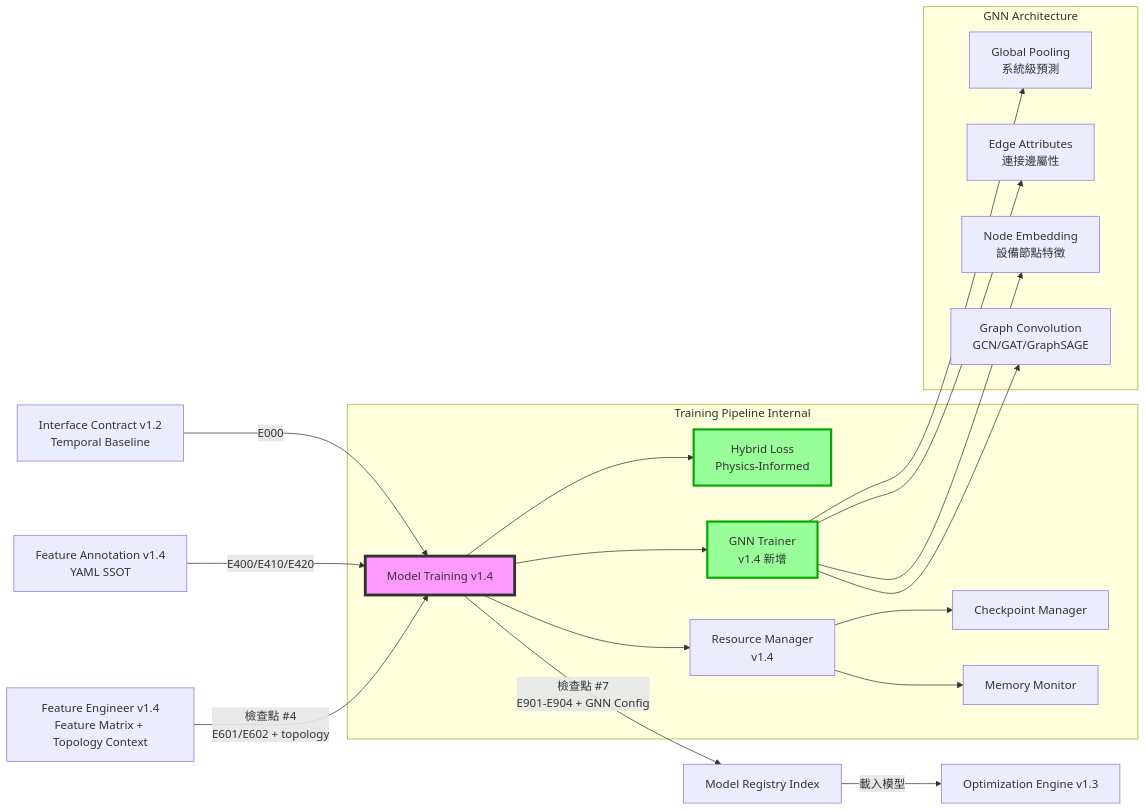
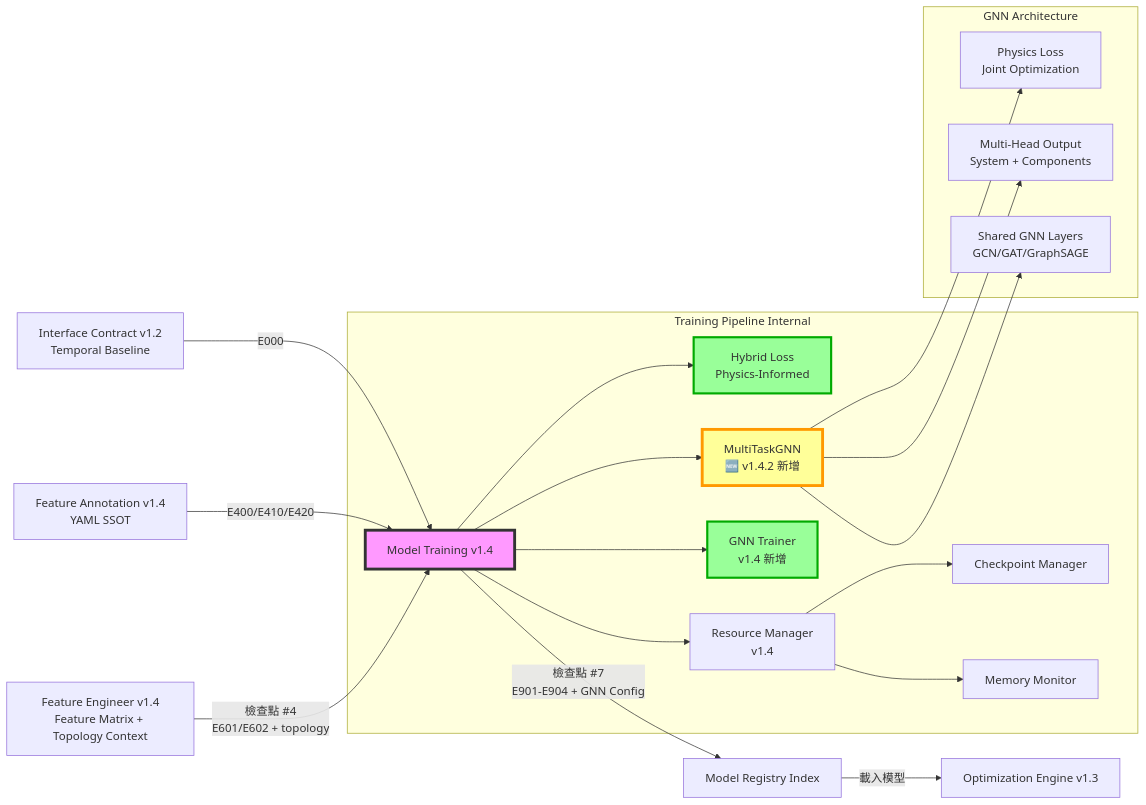
The diagram in docs/Model_Training/PRD_Model_Training_v1.4.md (oscar120601/HVAC_Analytics), drawn with Mermaid before and after one commit. The commit also changed other lines of this file and 10 other files, not shown here.

````diff
--- a/docs/Model_Training/PRD_Model_Training_v1.4.md
+++ b/docs/Model_Training/PRD_Model_Training_v1.4.md
@@ -44,28 +68,29 @@
 ```mermaid
 graph LR
     A[Feature Engineer v1.4<br/>Feature Matrix + Topology Context] -->|檢查點 #4<br/>E601/E602 + topology| B[Model Training v1.4]
     C[Feature Annotation v1.4<br/>YAML SSOT] -->|E400/E410/E420| B
     D[Interface Contract v1.2<br/>Temporal Baseline] -->|E000| B
     
     B -->|檢查點 #7<br/>E901-E904 + GNN Config| E[Model Registry Index]
     E -->|載入模型| F[Optimization Engine v1.3]
     
     subgraph "Training Pipeline Internal"
         B --> G[Resource Manager<br/>v1.4]
         B --> H[GNN Trainer<br/>v1.4 新增]
+        B --> H2[MultiTaskGNN<br/>🆕 v1.4.2 新增]
         B --> I[Hybrid Loss<br/>Physics-Informed]
         G --> J[Memory Monitor]
         G --> K[Checkpoint Manager]
     end
     
     subgraph "GNN Architecture"
-        H --> L[Graph Convolution<br/>GCN/GAT/GraphSAGE]
-        H --> M[Node Embedding<br/>設備節點特徵]
-        H --> N[Edge Attributes<br/>連接邊屬性]
-        H --> O[Global Pooling<br/>系統級預測]
+        H2 --> L[Shared GNN Layers<br/>GCN/GAT/GraphSAGE]
+        H2 --> M[Multi-Head Output<br/>System + Components]
+        H2 --> N[Physics Loss<br/>Joint Optimization]
     end
     
     style B fill:#f9f,stroke:#333,stroke-width:4px
     style H fill:#9f9,stroke:#0a0,stroke-width:3px
+    style H2 fill:#ff9,stroke:#f90,stroke-width:4px
     style I fill:#9f9,stroke:#0a0,stroke-width:3px
 ```
````
